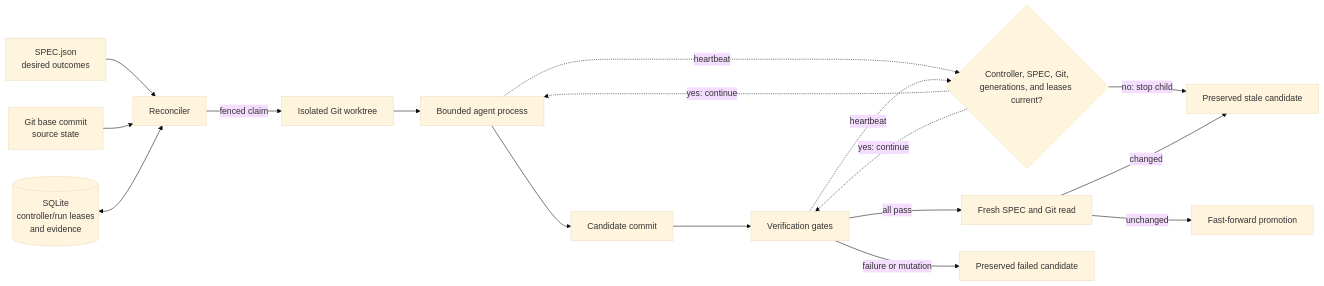
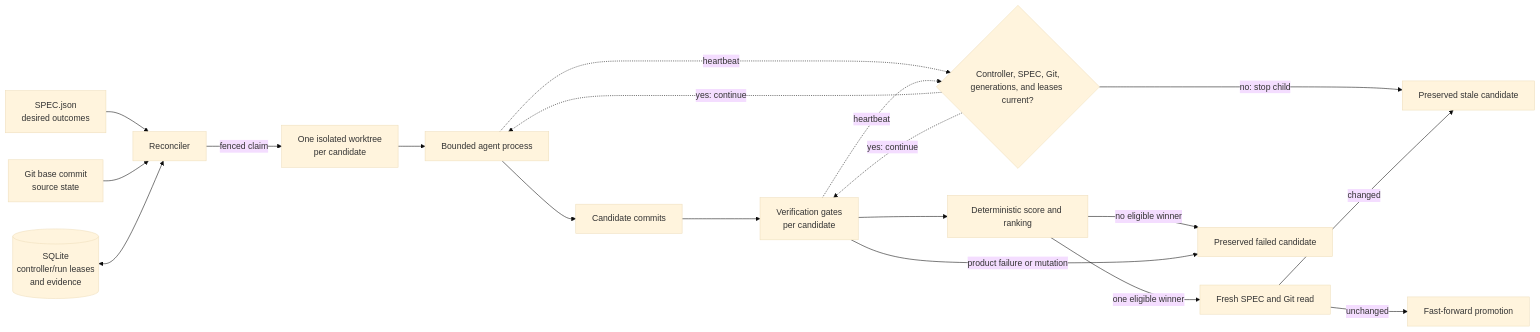
The diagram in docs/architecture.md (GhostlyGawd/autobuild), drawn with Mermaid (base theme) before and after one commit. The commit also changed other lines of this file and 11 other files, not shown here.

````diff
--- a/docs/architecture.md
+++ b/docs/architecture.md
@@ -5,19 +5,21 @@
 ```mermaid
 flowchart LR
     S[SPEC.json<br/>desired outcomes] --> R[Reconciler]
     G[Git base commit<br/>source state] --> R
     D[(SQLite<br/>controller/run leases<br/>and evidence)] <--> R
-    R -->|fenced claim| W[Isolated Git worktree]
+    R -->|fenced claim| W[One isolated worktree<br/>per candidate]
     W --> A[Bounded agent process]
-    A --> C[Candidate commit]
-    C --> E[Verification gates]
+    A --> C[Candidate commits]
+    C --> E[Verification gates<br/>per candidate]
     A -. heartbeat .-> Q{Controller, SPEC, Git,<br/>generations, and leases current?}
     E -. heartbeat .-> Q
     Q -->|no: stop child| H
     Q -. yes: continue .-> A
     Q -. yes: continue .-> E
-    E -->|all pass| V[Fresh SPEC and Git read]
+    E --> K[Deterministic score and ranking]
+    K -->|one eligible winner| V[Fresh SPEC and Git read]
+    K -->|no eligible winner| F
     V -->|unchanged| P[Fast-forward promotion]
     V -->|changed| H[Preserved stale candidate]
-    E -->|failure or mutation| F[Preserved failed candidate]
+    E -->|product failure or mutation| F[Preserved failed candidate]
 ```
````
